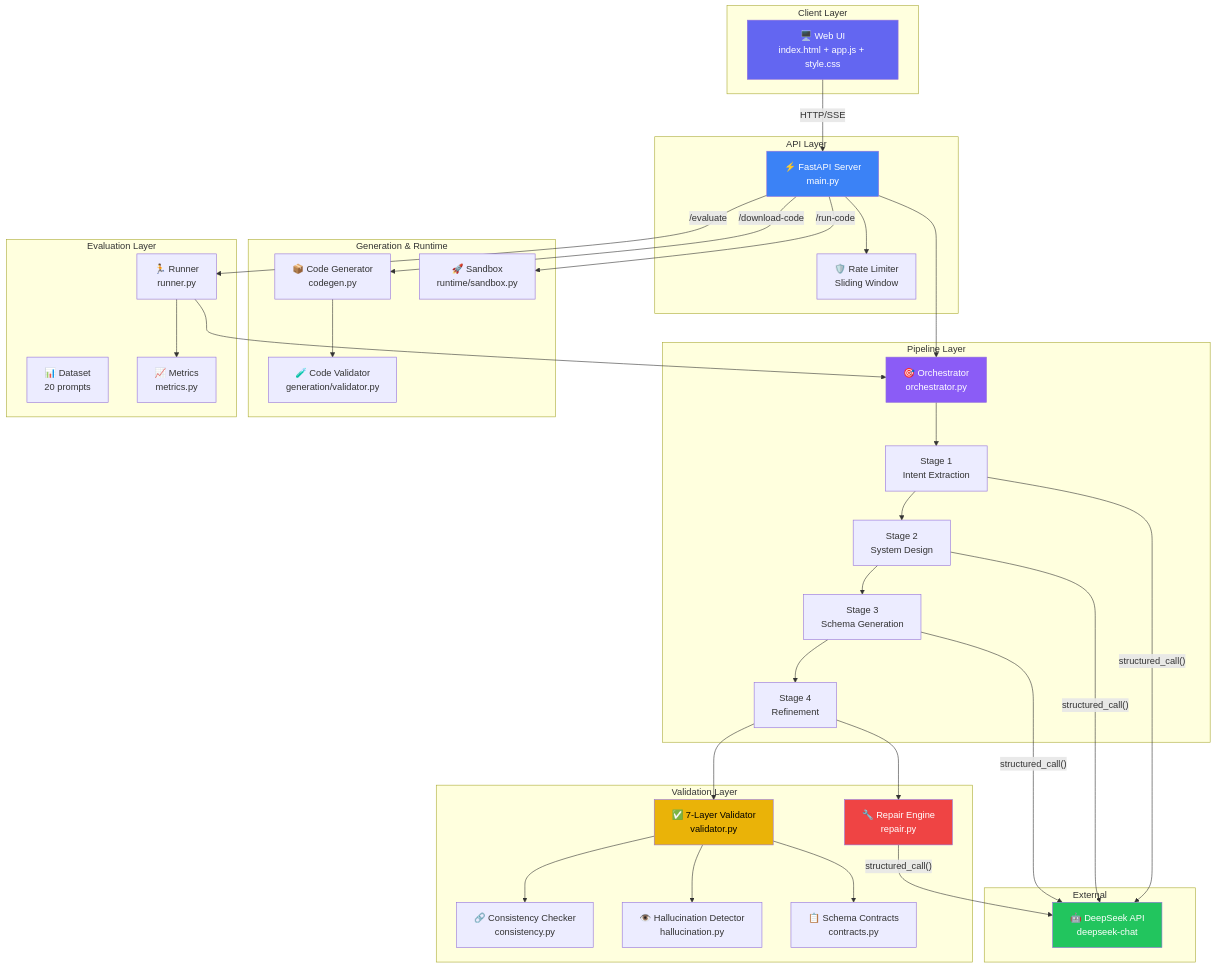
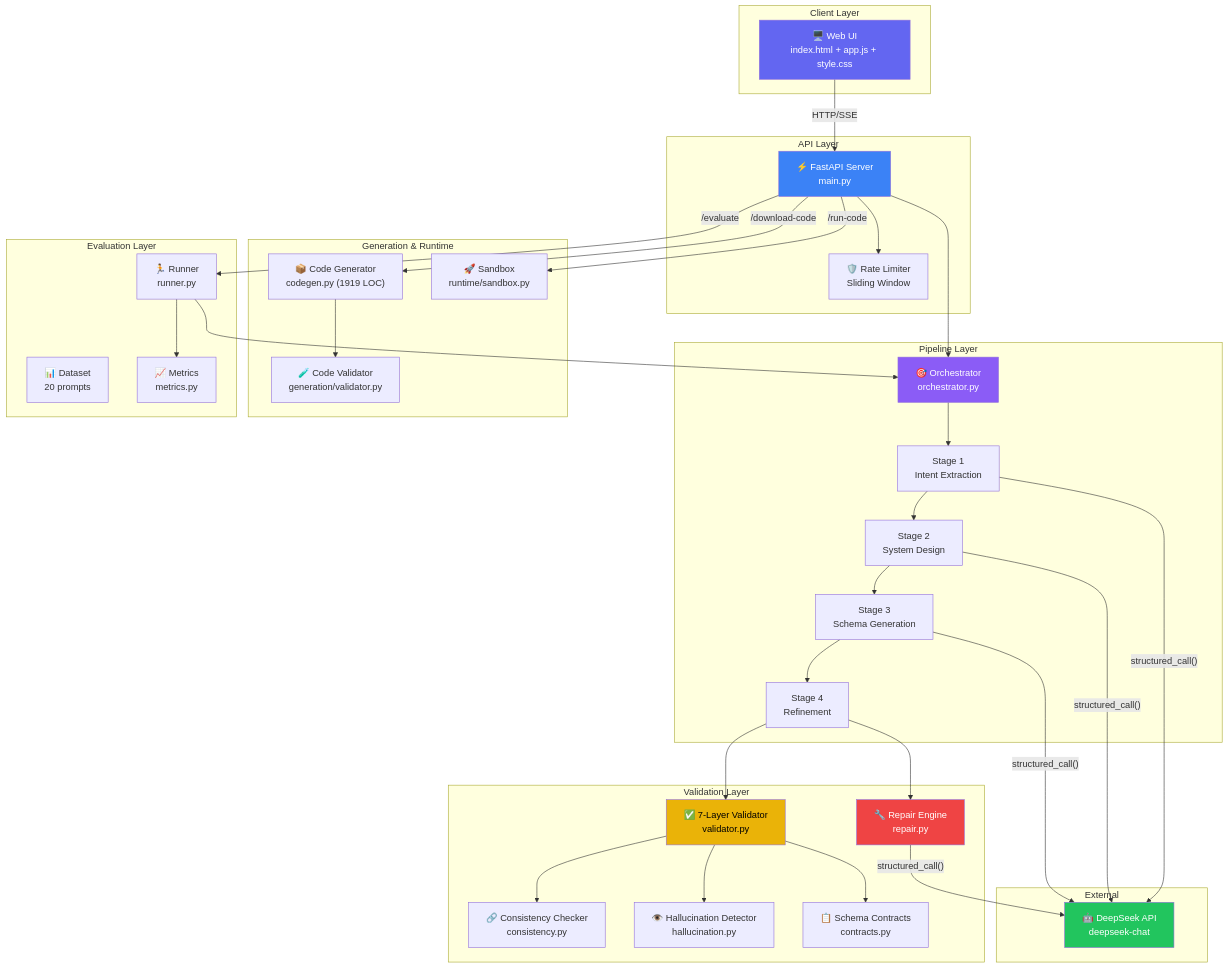
Before and after one commit to notsooamit/app-compiler: the first of 24 diagrams in SOFTWARE_ARCHITECTURE.md, drawn with Mermaid. The commit also changed other lines of this file and 1 other file, not shown here.

````diff
--- a/SOFTWARE_ARCHITECTURE.md
+++ b/SOFTWARE_ARCHITECTURE.md
@@ -63,64 +64,64 @@
 ```mermaid
 graph TB
     subgraph "Client Layer"
         UI["🖥️ Web UI<br/>index.html + app.js + style.css"]
     end
 
     subgraph "API Layer"
         API["⚡ FastAPI Server<br/>main.py"]
         RL["🛡️ Rate Limiter<br/>Sliding Window"]
     end
 
     subgraph "Pipeline Layer"
         ORCH["🎯 Orchestrator<br/>orchestrator.py"]
         S1["Stage 1<br/>Intent Extraction"]
         S2["Stage 2<br/>System Design"]
         S3["Stage 3<br/>Schema Generation"]
         S4["Stage 4<br/>Refinement"]
     end
 
     subgraph "Validation Layer"
         VAL["✅ 7-Layer Validator<br/>validator.py"]
         CON["🔗 Consistency Checker<br/>consistency.py"]
         HAL["👁️ Hallucination Detector<br/>hallucination.py"]
         REP["🔧 Repair Engine<br/>repair.py"]
         SCH["📋 Schema Contracts<br/>contracts.py"]
     end
 
     subgraph "Generation & Runtime"
-        CG["📦 Code Generator<br/>codegen.py"]
+        CG["📦 Code Generator<br/>codegen.py (1919 LOC)"]
         CV["🧪 Code Validator<br/>generation/validator.py"]
         SB["🚀 Sandbox<br/>runtime/sandbox.py"]
     end
 
     subgraph "Evaluation Layer"
         DS["📊 Dataset<br/>20 prompts"]
         RUN["🏃 Runner<br/>runner.py"]
         MET["📈 Metrics<br/>metrics.py"]
     end
 
     subgraph "External"
         LLM["🤖 DeepSeek API<br/>deepseek-chat"]
     end
 
     UI -->|"HTTP/SSE"| API
     API --> RL
     API --> ORCH
     ORCH --> S1 --> S2 --> S3 --> S4
     S1 & S2 & S3 -->|"structured_call()"| LLM
     S4 --> VAL
     VAL --> CON & HAL
     VAL --> SCH
     S4 --> REP -->|"structured_call()"| LLM
     API -->|"/download-code"| CG --> CV
     API -->|"/run-code"| SB
     API -->|"/evaluate"| RUN --> MET
     RUN --> ORCH
 
     style UI fill:#6366f1,color:#fff
     style API fill:#3b82f6,color:#fff
     style ORCH fill:#8b5cf6,color:#fff
     style LLM fill:#22c55e,color:#fff
     style VAL fill:#eab308,color:#000
     style REP fill:#ef4444,color:#fff
 ```
````
